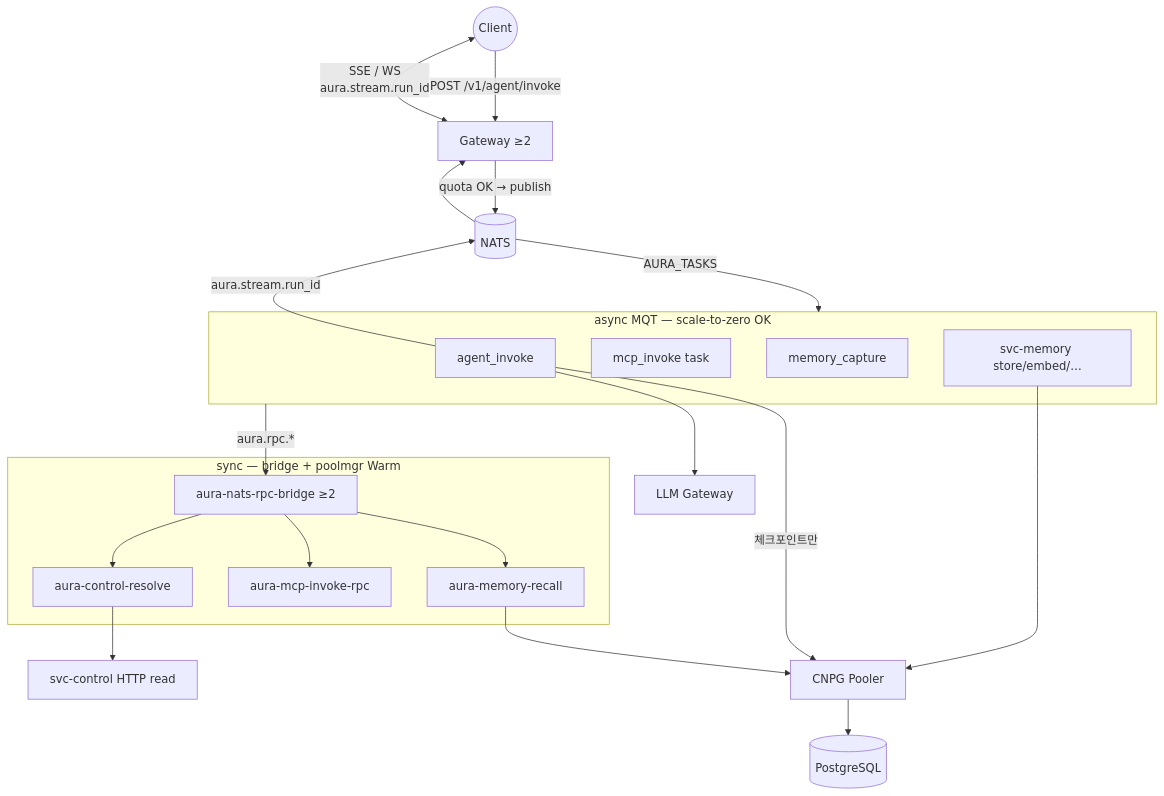
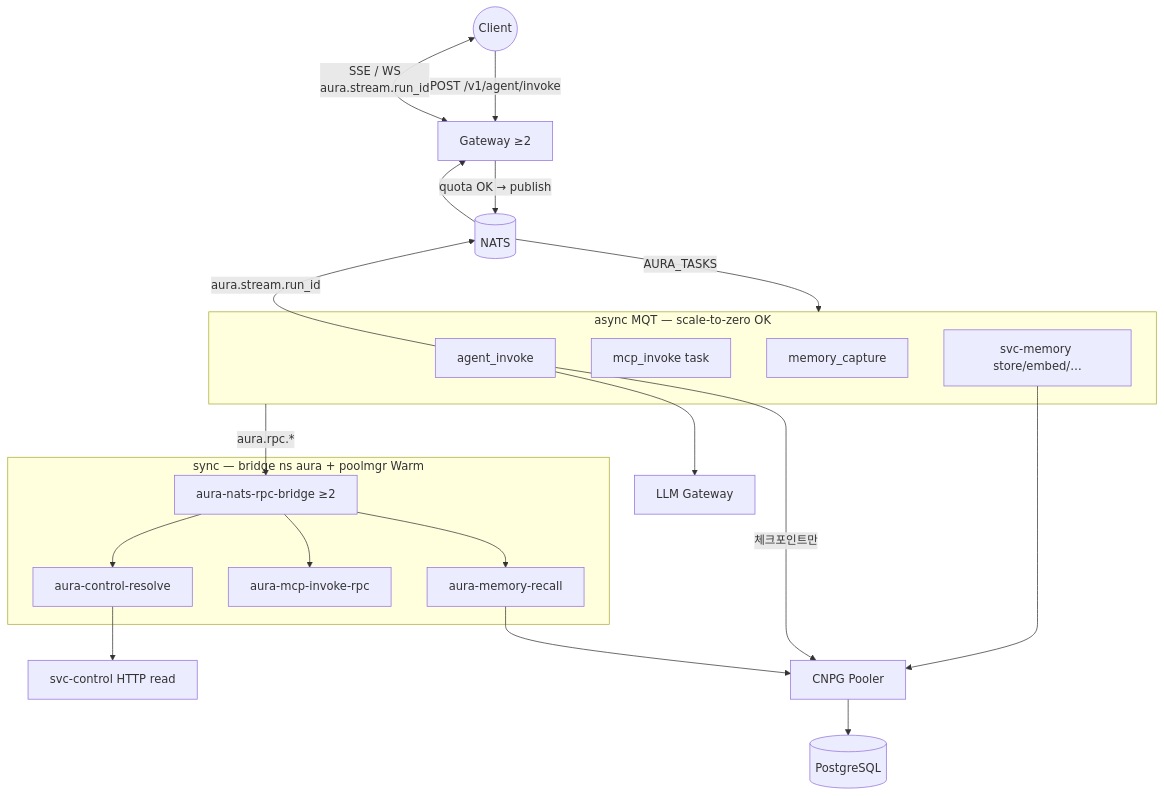
One commit to yoosungung/aura changed the second of 6 diagrams in MESSAGE-FLOW.md. Above: the diagram before and after it, drawn with Mermaid. The commit also changed 15 other files, not shown here.

First line of the commit message:
Move gateway and nats-rpc-bridge into the aura namespace.

````diff
--- a/MESSAGE-FLOW.md
+++ b/MESSAGE-FLOW.md
@@ -52,38 +52,38 @@
 ```mermaid
 flowchart TB
   Client((Client))
 
   Client -->|"POST /v1/agent/invoke"| GW[Gateway ≥2]
   Client <-->|"SSE / WS<br/>aura.stream.run_id"| GW
 
   GW -->|"quota OK → publish"| NATS[(NATS)]
 
   subgraph async["async MQT — scale-to-zero OK"]
     AI[agent_invoke]
     MCP_T[mcp_invoke task]
     CAP[memory_capture]
     STORE[svc-memory store/embed/…]
   end
 
-  subgraph sync["sync — bridge + poolmgr Warm"]
+  subgraph sync["sync — bridge ns aura + poolmgr Warm"]
     BR[aura-nats-rpc-bridge ≥2]
     RECALL[aura-memory-recall]
     MCP_R[aura-mcp-invoke-rpc]
     RESOLVE[aura-control-resolve]
   end
 
   NATS -->|"AURA_TASKS"| async
   async -->|"aura.rpc.*"| BR
   BR --> RECALL
   BR --> MCP_R
   BR --> RESOLVE
   AI -->|"aura.stream.run_id"| NATS
   NATS --> GW
 
   RESOLVE --> CTRL[svc-control HTTP read]
   STORE --> POOLER[CNPG Pooler]
   RECALL --> POOLER
   POOLER --> PG[(PostgreSQL)]
   AI -->|"체크포인트만"| POOLER
   AI --> LLM[LLM Gateway]
 ```
````
